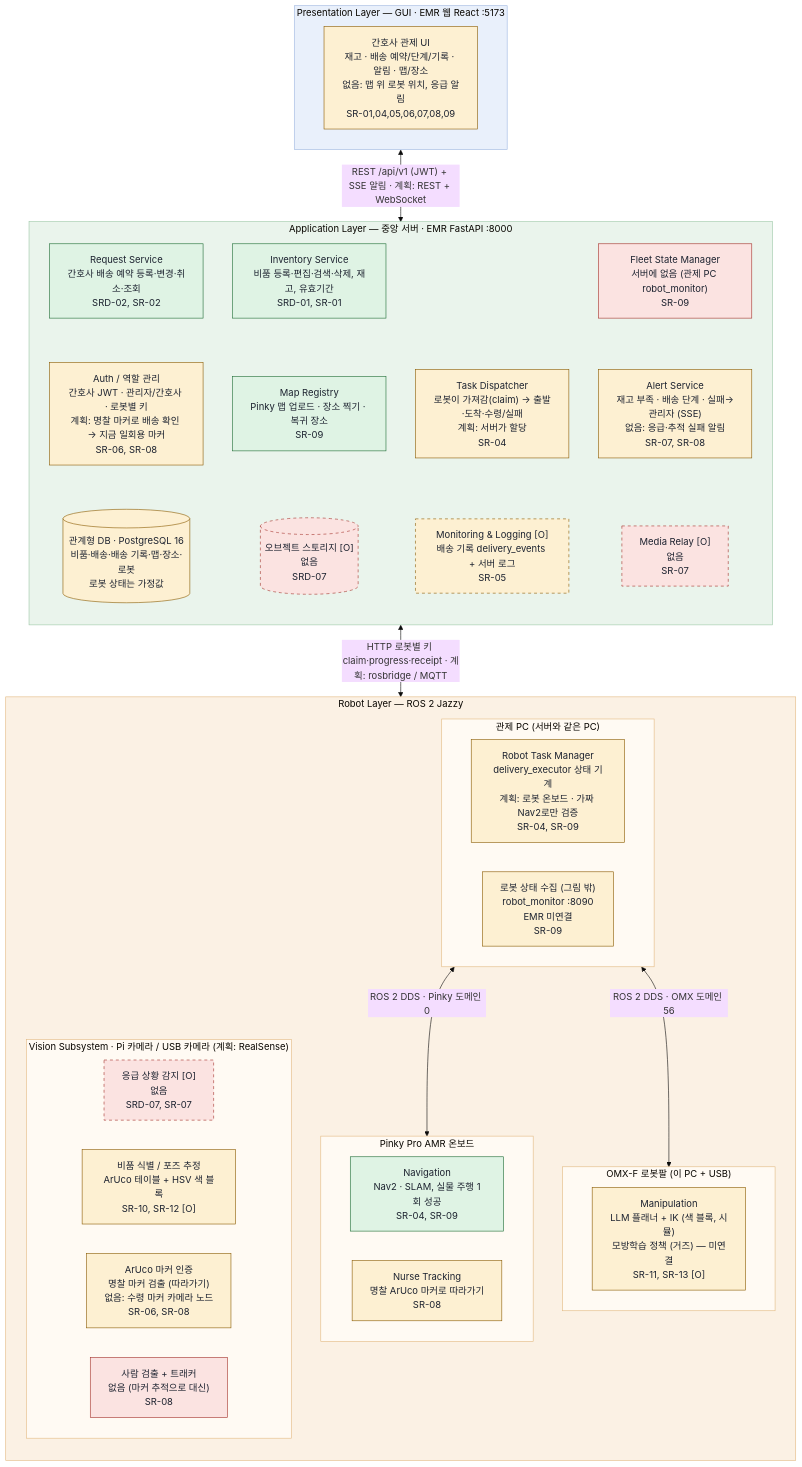
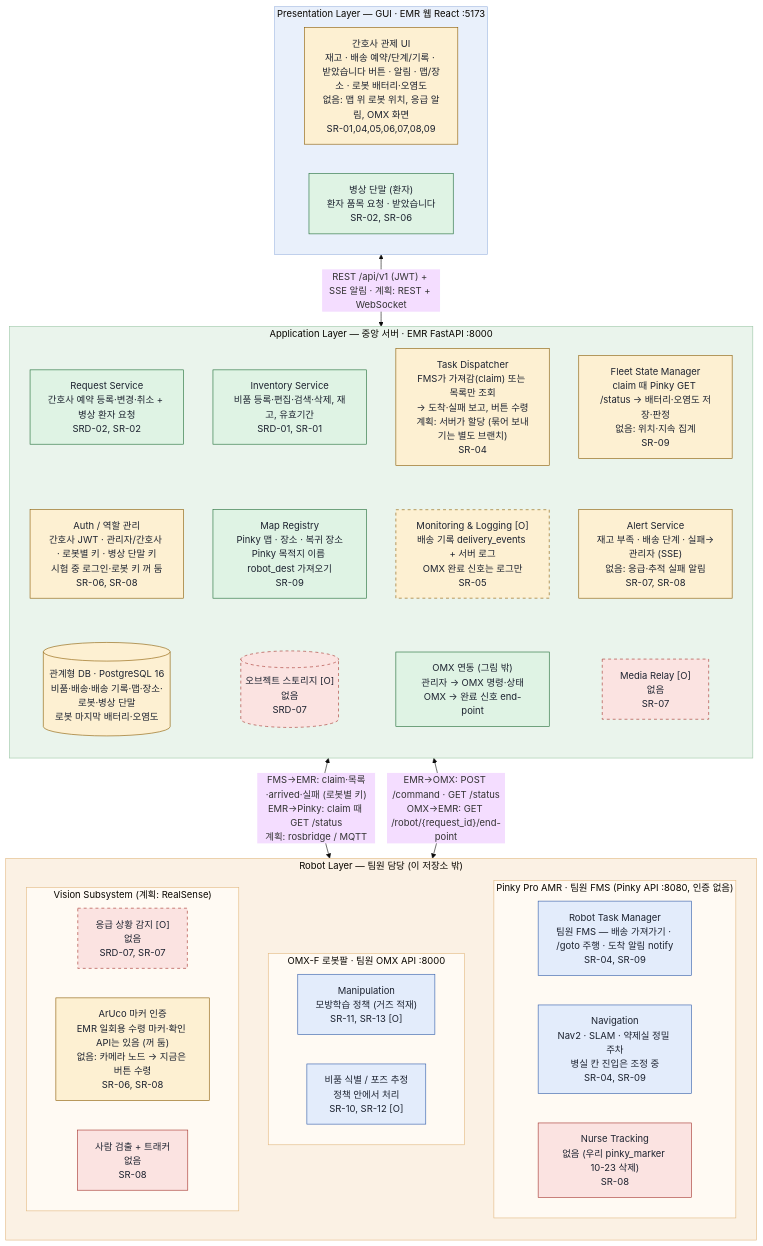
One commit to kernel-robot-9th/kernel-robot-repo-2 changed the diagram in docs/architecture/sw_3layer.mmd. Above: the diagram before and after it, drawn with Mermaid (base theme). The commit also changed 4 other files, not shown here.

```diff
--- a/docs/architecture/sw_3layer.mmd
+++ b/docs/architecture/sw_3layer.mmd
@@ -1,74 +1,71 @@
 flowchart TB
-  %% 병원 배송 로봇 SW 3계층 구조 — 지금 구현 기준 (2026-10-21)
+  %% 병원 배송 로봇 SW 3계층 구조 — 지금 구현 기준 (2026-10-26, calibration 브랜치)
   %% draw.io: Arrange > Insert > Advanced > Mermaid 에 붙여 넣기
-  %% 색: 초록=구현 / 노랑=일부·다르게 / 빨강=없음, 점선 테두리=Priority O(옵션)
-  %% 뺀 것: 환자 UI, 환자 요청·역할별 품목 분기, 비상 조작 콘솔, Safety Monitor
+  %% 색: 초록=구현 / 노랑=일부·다르게 / 빨강=없음 / 파랑=팀원 담당(이 저장소 밖), 점선 테두리=Priority O(옵션)
+  %% 뺀 것: 비상 조작 콘솔, Safety Monitor
 
   subgraph P["Presentation Layer — GUI · EMR 웹 React :5173"]
     direction LR
-    UI["간호사 관제 UI<br/>재고 · 배송 예약/단계/기록 · 알림 · 맵/장소<br/>없음: 맵 위 로봇 위치, 응급 알림<br/>SR-01,04,05,06,07,08,09"]:::part
+    UI["간호사 관제 UI<br/>재고 · 배송 예약/단계/기록 · 받았습니다 버튼 · 알림 · 맵/장소 · 로봇 배터리·오염도<br/>없음: 맵 위 로봇 위치, 응급 알림, OMX 화면<br/>SR-01,04,05,06,07,08,09"]:::part
+    BED["병상 단말 (환자)<br/>환자 품목 요청 · 받았습니다<br/>SR-02, SR-06"]:::ok
   end
 
   subgraph A["Application Layer — 중앙 서버 · EMR FastAPI :8000"]
     direction TB
-    REQ["Request Service<br/>간호사 배송 예약 등록·변경·취소·조회<br/>SRD-02, SR-02"]:::ok
+    REQ["Request Service<br/>간호사 예약 등록·변경·취소 + 병상 환자 요청<br/>SRD-02, SR-02"]:::ok
     INV["Inventory Service<br/>비품 등록·편집·검색·삭제, 재고, 유효기간<br/>SRD-01, SR-01"]:::ok
-    DSP["Task Dispatcher<br/>로봇이 가져감(claim) → 출발·도착·수령/실패<br/>계획: 서버가 할당<br/>SR-04"]:::part
-    FLT["Fleet State Manager<br/>서버에 없음 (관제 PC robot_monitor)<br/>SR-09"]:::none
+    DSP["Task Dispatcher<br/>FMS가 가져감(claim) 또는 목록만 조회<br/>→ 도착·실패 보고, 버튼 수령<br/>계획: 서버가 할당 (묶어 보내기는 별도 브랜치)<br/>SR-04"]:::part
+    FLT["Fleet State Manager<br/>claim 때 Pinky GET /status → 배터리·오염도 저장·판정<br/>없음: 위치·지속 집계<br/>SR-09"]:::part
     ALT["Alert Service<br/>재고 부족 · 배송 단계 · 실패→관리자 (SSE)<br/>없음: 응급·추적 실패 알림<br/>SR-07, SR-08"]:::part
-    AUTH["Auth / 역할 관리<br/>간호사 JWT · 관리자/간호사 · 로봇별 키<br/>계획: 명찰 마커로 배송 확인 → 지금 일회용 마커<br/>SR-06, SR-08"]:::part
-    LOG["Monitoring & Logging [O]<br/>배송 기록 delivery_events + 서버 로그<br/>SR-05"]:::partopt
+    AUTH["Auth / 역할 관리<br/>간호사 JWT · 관리자/간호사 · 로봇별 키 · 병상 단말 키<br/>시험 중 로그인·로봇 키 꺼 둠<br/>SR-06, SR-08"]:::part
+    LOG["Monitoring & Logging [O]<br/>배송 기록 delivery_events + 서버 로그<br/>OMX 완료 신호는 로그만<br/>SR-05"]:::partopt
     MED["Media Relay [O]<br/>없음<br/>SR-07"]:::noneopt
-    MAP["Map Registry<br/>Pinky 맵 업로드 · 장소 찍기 · 복귀 장소<br/>SR-09"]:::ok
-    DB[("관계형 DB · PostgreSQL 16<br/>비품·배송·배송 기록·맵·장소·로봇<br/>로봇 상태는 가정값")]:::part
+    MAP["Map Registry<br/>Pinky 맵 · 장소 · 복귀 장소<br/>Pinky 목적지 이름 robot_dest 가져오기<br/>SR-09"]:::ok
+    OMXC["OMX 연동 (그림 밖)<br/>관리자 → OMX 명령·상태<br/>OMX → 완료 신호 end-point"]:::ok
+    DB[("관계형 DB · PostgreSQL 16<br/>비품·배송·배송 기록·맵·장소·로봇·병상 단말<br/>로봇 마지막 배터리·오염도")]:::part
     OBJ[("오브젝트 스토리지 [O]<br/>없음<br/>SRD-07")]:::noneopt
     %% 보이지 않는 연결로 4열 배치 (서비스 → 횡단 기능 → 저장소)
     REQ ~~~ AUTH ~~~ DB
     INV ~~~ MAP ~~~ OBJ
-    DSP ~~~ LOG
+    DSP ~~~ LOG ~~~ OMXC
     FLT ~~~ ALT ~~~ MED
   end
 
-  subgraph R["Robot Layer — ROS 2 Jazzy"]
+  subgraph R["Robot Layer — 팀원 담당 (이 저장소 밖)"]
     direction TB
-    subgraph RC["관제 PC (서버와 같은 PC)"]
+    subgraph RP["Pinky Pro AMR · 팀원 FMS (Pinky API :8080, 인증 없음)"]
       direction LR
-      RTM["Robot Task Manager<br/>delivery_executor 상태 기계<br/>계획: 로봇 온보드 · 가짜 Nav2로만 검증<br/>SR-04, SR-09"]:::part
-      MON["로봇 상태 수집 (그림 밖)<br/>robot_monitor :8090<br/>EMR 미연결<br/>SR-09"]:::part
+      RTM["Robot Task Manager<br/>팀원 FMS — 배송 가져가기 · /goto 주행 · 도착 알림 notify<br/>SR-04, SR-09"]:::team
+      NAV["Navigation<br/>Nav2 · SLAM · 약제실 정밀 주차<br/>병실 칸 진입은 조정 중<br/>SR-04, SR-09"]:::team
+      TRK["Nurse Tracking<br/>없음 (우리 pinky_marker 10-23 삭제)<br/>SR-08"]:::none
     end
-    subgraph RP["Pinky Pro AMR 온보드"]
+    subgraph RO["OMX-F 로봇팔 · 팀원 OMX API :8000"]
       direction LR
-      NAV["Navigation<br/>Nav2 · SLAM, 실물 주행 1회 성공<br/>SR-04, SR-09"]:::ok
-      TRK["Nurse Tracking<br/>명찰 ArUco 마커로 따라가기<br/>SR-08"]:::part
+      MAN["Manipulation<br/>모방학습 정책 (거즈 적재)<br/>SR-11, SR-13 [O]"]:::team
+      VID["비품 식별 / 포즈 추정<br/>정책 안에서 처리<br/>SR-10, SR-12 [O]"]:::team
     end
-    subgraph RO["OMX-F 로봇팔 (이 PC + USB)"]
-      direction LR
-      MAN["Manipulation<br/>LLM 플래너 + IK (색 블록, 시뮬)<br/>모방학습 정책 (거즈) — 미연결<br/>SR-11, SR-13 [O]"]:::part
-    end
-    subgraph V["Vision Subsystem · Pi 카메라 / USB 카메라 (계획: RealSense)"]
+    subgraph V["Vision Subsystem (계획: RealSense)"]
       direction LR
       EMG["응급 상황 감지 [O]<br/>없음<br/>SRD-07, SR-07"]:::noneopt
-      VID["비품 식별 / 포즈 추정<br/>ArUco 테이블 + HSV 색 블록<br/>SR-10, SR-12 [O]"]:::part
-      ARU["ArUco 마커 인증<br/>명찰 마커 검출 (따라가기)<br/>없음: 수령 마커 카메라 노드<br/>SR-06, SR-08"]:::part
-      PER["사람 검출 + 트래커<br/>없음 (마커 추적으로 대신)<br/>SR-08"]:::none
+      ARU["ArUco 마커 인증<br/>EMR 일회용 수령 마커·확인 API는 있음 (꺼 둠)<br/>없음: 카메라 노드 → 지금은 버튼 수령<br/>SR-06, SR-08"]:::part
+      PER["사람 검출 + 트래커<br/>없음<br/>SR-08"]:::none
     end
   end
 
   P <-->|"REST /api/v1 (JWT) + SSE 알림 · 계획: REST + WebSocket"| A
-  A <-->|"HTTP 로봇별 키 claim·progress·receipt · 계획: rosbridge / MQTT"| RC
-  RC <-->|"ROS 2 DDS · Pinky 도메인 0"| RP
-  RC <-->|"ROS 2 DDS · OMX 도메인 56"| RO
+  A <-->|"FMS→EMR: claim·목록·arrived·실패 (로봇별 키)<br/>EMR→Pinky: claim 때 GET /status<br/>계획: rosbridge / MQTT"| RP
+  A <-->|"EMR→OMX: POST /command · GET /status<br/>OMX→EMR: GET /robot/{request_id}/end-point"| RO
 
   classDef ok fill:#dff3e4,stroke:#1d6b34,color:#1d2330
   classDef part fill:#fdf0d2,stroke:#8a5a00,color:#1d2330
   classDef none fill:#fbe3e1,stroke:#a3302a,color:#1d2330
+  classDef team fill:#e3ecfb,stroke:#2f5aa8,color:#1d2330
   classDef partopt fill:#fdf0d2,stroke:#8a5a00,color:#1d2330,stroke-dasharray:5 5
   classDef noneopt fill:#fbe3e1,stroke:#a3302a,color:#1d2330,stroke-dasharray:5 5
 
   style P fill:#e9f0fb,stroke:#9db6e0
   style A fill:#eaf4ec,stroke:#9cc7a6
   style R fill:#fbf1e4,stroke:#e2b980
-  style RC fill:#fffaf3,stroke:#e2b980
   style RP fill:#fffaf3,stroke:#e2b980
   style RO fill:#fffaf3,stroke:#e2b980
   style V fill:#fffaf3,stroke:#e2b980
```
